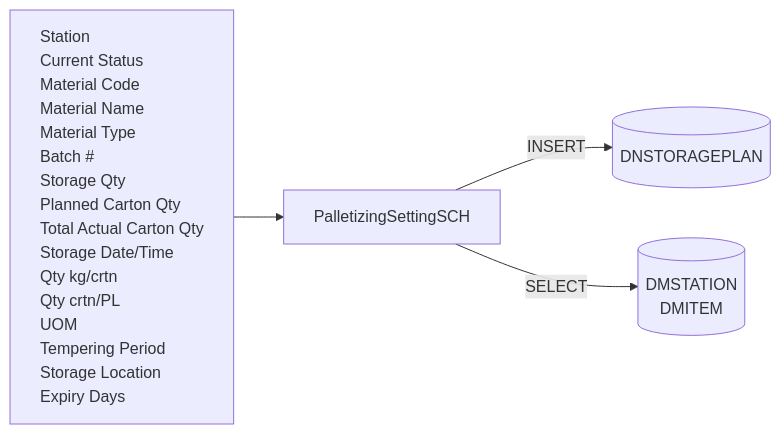
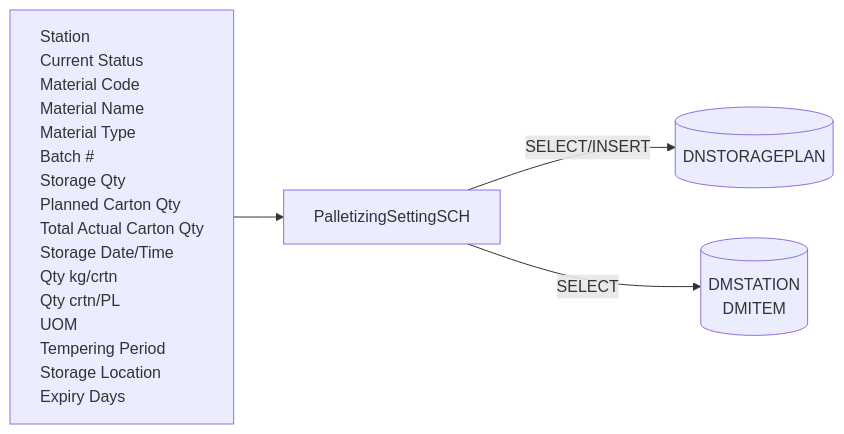
The fourth of 5 diagrams in Basic-Design/DFD-WMS/Storage/Palletizing-Settting/Batch-End.md (luthfiadityaa/SimeDarby-Wiki), drawn with Mermaid before and after one commit.

Commit message:
Updated Batch End

```diff
--- a/Basic-Design/DFD-WMS/Storage/Palletizing-Settting/Batch-End.md
+++ b/Basic-Design/DFD-WMS/Storage/Palletizing-Settting/Batch-End.md
@@ -106,38 +106,38 @@
 ::: mermaid
 flowchart LR
     input[
         Station
         Current Status
         Material Code
         Material Name
         Material Type
         Batch #
         Storage Qty
         Planned Carton Qty
         Total Actual Carton Qty
         Storage Date/Time
         Qty kg/crtn
         Qty crtn/PL
         UOM
         Tempering Period
         Storage Location
         Expiry Days
     ]
 
     tableList-insert-select[("
         DMSTATION
         DMITEM
     ")]
 
     tableList-insert[("
         DNSTORAGEPLAN
     ")]
 
     className[PalletizingSettingSCH]
 
-    input --> className --> |INSERT| tableList-insert
+    input --> className --> |SELECT/INSERT| tableList-insert
     className --> |SELECT| tableList-insert-select
 
     classDef leftAlign text-align:left;
     class input leftAlign;
 :::
```
